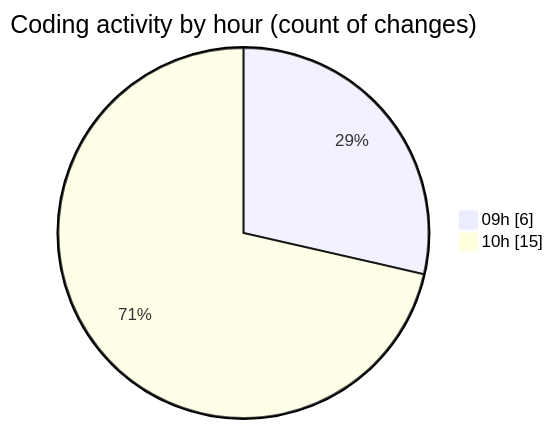
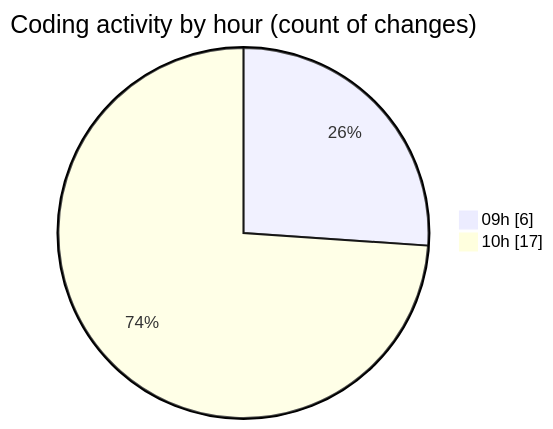
The second of 2 diagrams in 2025-03-27/cda/README.md (momahboobian/code-tracking), drawn with Mermaid before and after one commit. The commit also changed other lines of this file and 1 other file, not shown here.

````diff
--- a/2025-03-27/cda/README.md
+++ b/2025-03-27/cda/README.md
@@ -28,6 +28,6 @@
 ```mermaid
 pie showData
 title Coding activity by hour (count of changes)
 "09h" : 6
-"10h" : 15
+"10h" : 17
 ```
````
